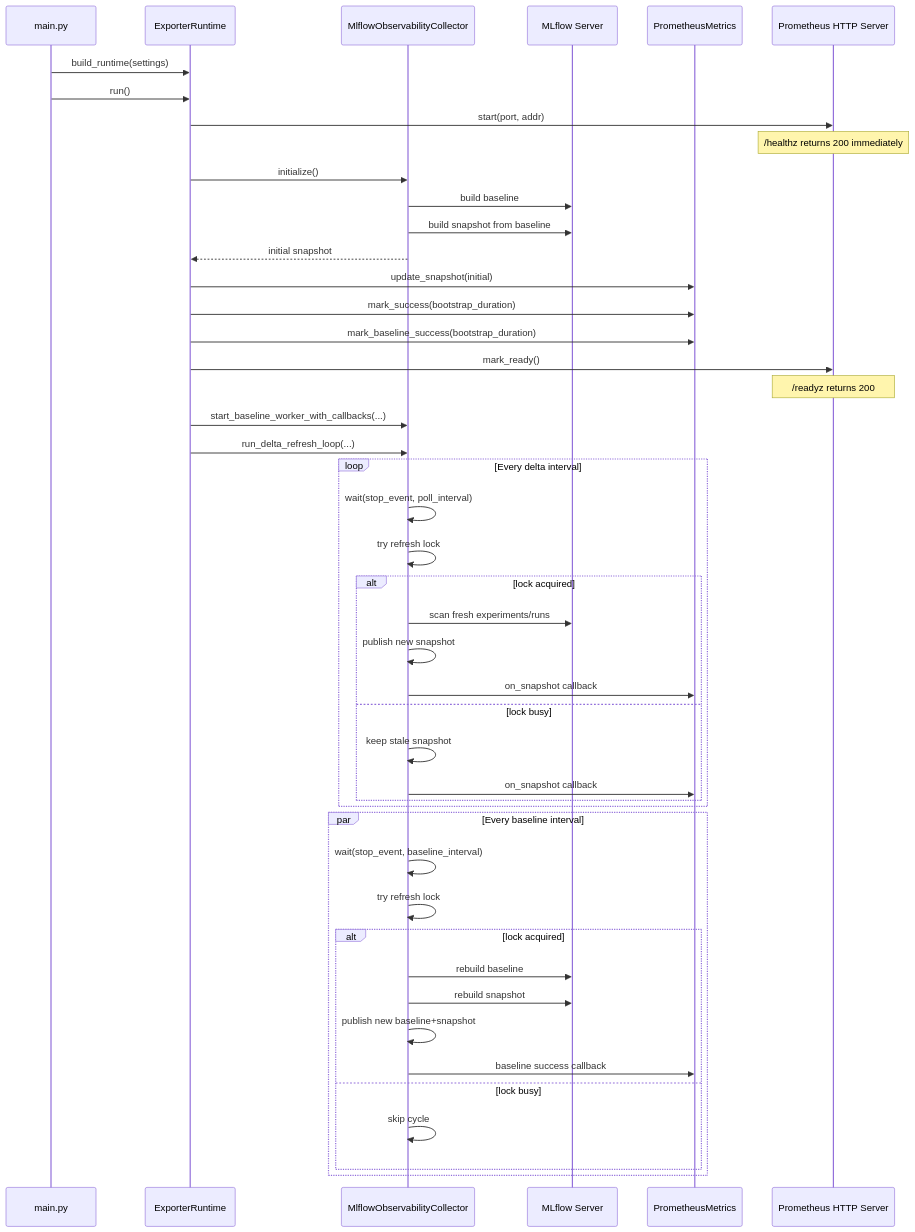
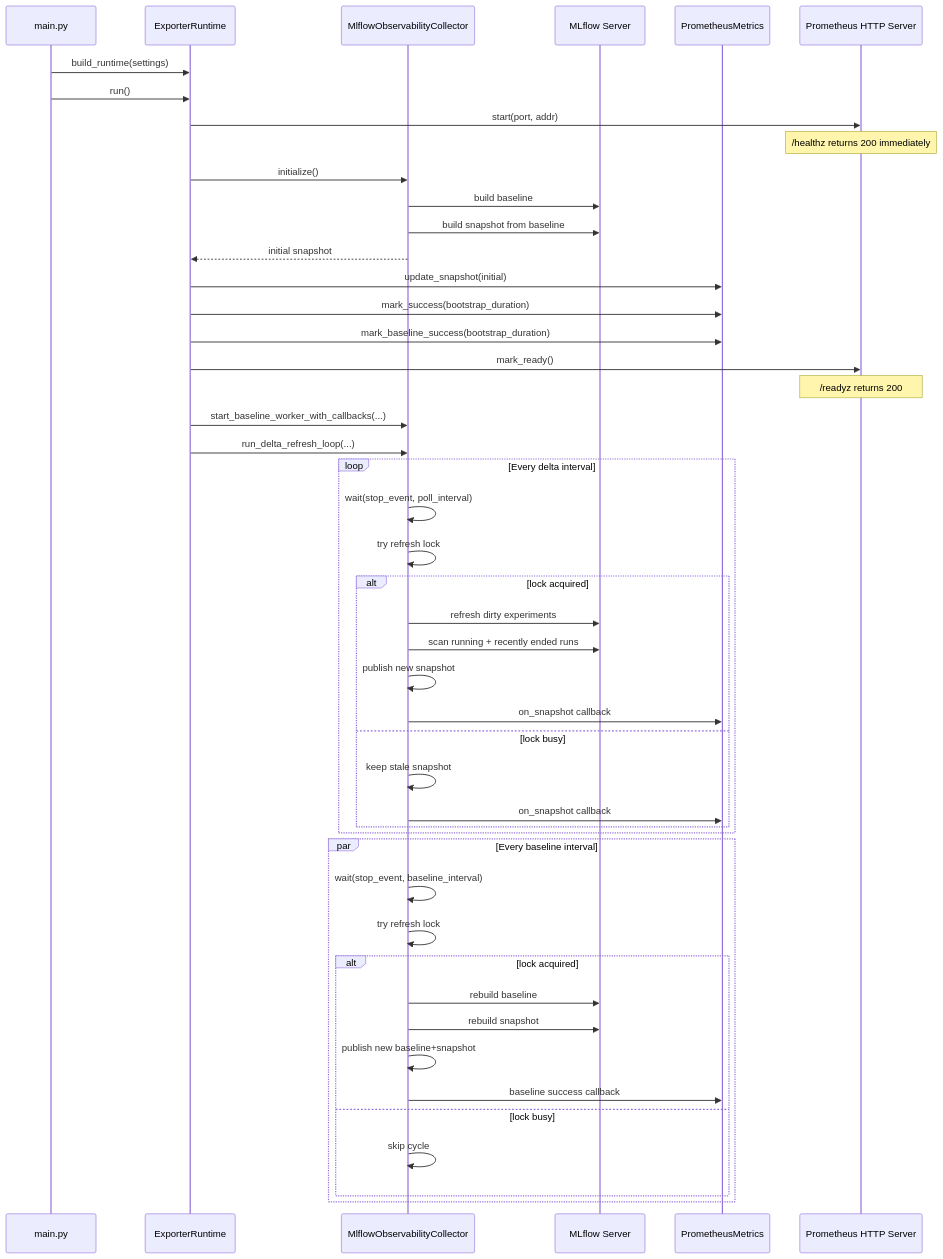
The third of 3 diagrams in ARCHITECTURE.md (matzmz/mlflow-prometheus-exporter), drawn with Mermaid before and after one commit. The commit also changed other lines of this file and 9 other files, not shown here.

````diff
--- a/ARCHITECTURE.md
+++ b/ARCHITECTURE.md
@@ -313,53 +386,54 @@
 ```mermaid
 sequenceDiagram
     participant Main as main.py
     participant Runtime as ExporterRuntime
     participant Collector as MlflowObservabilityCollector
     participant MLflow as MLflow Server
     participant Metrics as PrometheusMetrics
     participant HTTP as Prometheus HTTP Server
 
     Main->>Runtime: build_runtime(settings)
     Main->>Runtime: run()
 
     Runtime->>HTTP: start(port, addr)
     Note over HTTP: /healthz returns 200 immediately
 
     Runtime->>Collector: initialize()
     Collector->>MLflow: build baseline
     Collector->>MLflow: build snapshot from baseline
     Collector-->>Runtime: initial snapshot
     Runtime->>Metrics: update_snapshot(initial)
     Runtime->>Metrics: mark_success(bootstrap_duration)
     Runtime->>Metrics: mark_baseline_success(bootstrap_duration)
     Runtime->>HTTP: mark_ready()
     Note over HTTP: /readyz returns 200
     Runtime->>Collector: start_baseline_worker_with_callbacks(...)
     Runtime->>Collector: run_delta_refresh_loop(...)
 
     loop Every delta interval
         Collector->>Collector: wait(stop_event, poll_interval)
         Collector->>Collector: try refresh lock
         alt lock acquired
-            Collector->>MLflow: scan fresh experiments/runs
+            Collector->>MLflow: refresh dirty experiments
+            Collector->>MLflow: scan running + recently ended runs
             Collector->>Collector: publish new snapshot
             Collector->>Metrics: on_snapshot callback
         else lock busy
             Collector->>Collector: keep stale snapshot
             Collector->>Metrics: on_snapshot callback
         end
     end
 
     par Every baseline interval
         Collector->>Collector: wait(stop_event, baseline_interval)
         Collector->>Collector: try refresh lock
         alt lock acquired
             Collector->>MLflow: rebuild baseline
             Collector->>MLflow: rebuild snapshot
             Collector->>Collector: publish new baseline+snapshot
             Collector->>Metrics: baseline success callback
         else lock busy
             Collector->>Collector: skip cycle
         end
     end
 ```
````
